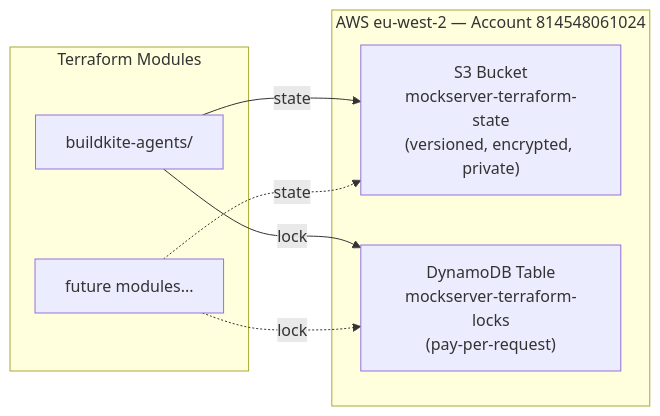
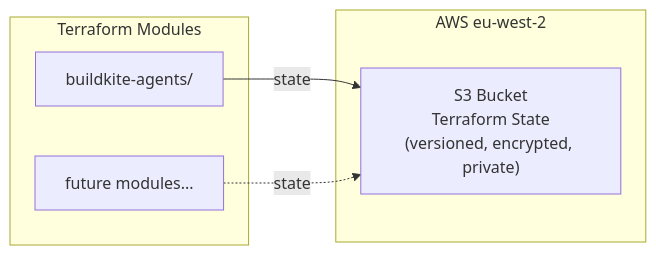
The first of 2 diagrams in terraform/buildkite-agents/bootstrap/README.md (mock-server/mockserver), drawn with Mermaid before and after one commit. The commit also changed other lines of this file and 14 other files, not shown here.

````diff
--- a/terraform/buildkite-agents/bootstrap/README.md
+++ b/terraform/buildkite-agents/bootstrap/README.md
@@ -7,17 +7,14 @@
 ```mermaid
 flowchart LR
-    subgraph "AWS eu-west-2 — Account 814548061024"
-        S3["S3 Bucket<br/>mockserver-terraform-state<br/>(versioned, encrypted, private)"]
-        DDB["DynamoDB Table<br/>mockserver-terraform-locks<br/>(pay-per-request)"]
+    subgraph "AWS eu-west-2"
+        S3["S3 Bucket<br/>Terraform State<br/>(versioned, encrypted, private)"]
     end
 
     subgraph "Terraform Modules"
         BA["buildkite-agents/"]
         FUTURE["future modules..."]
     end
 
     BA -->|state| S3
-    BA -->|lock| DDB
     FUTURE -.->|state| S3
-    FUTURE -.->|lock| DDB
 ```
````
